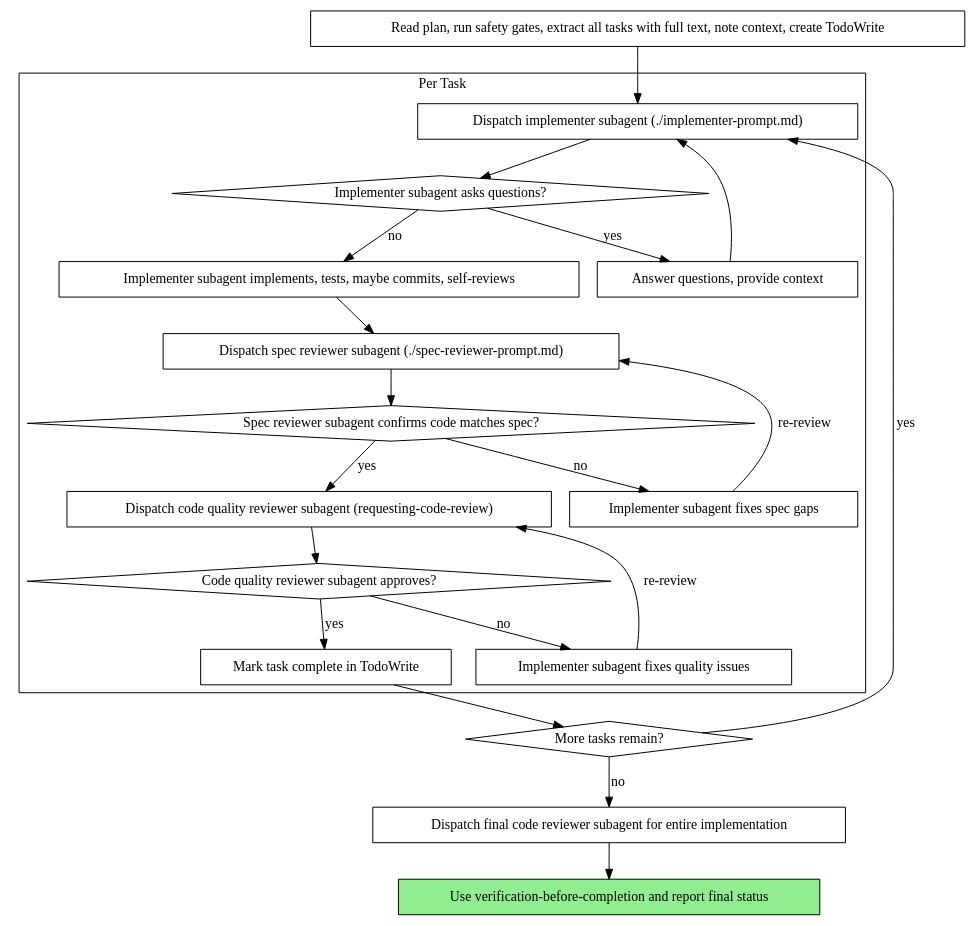
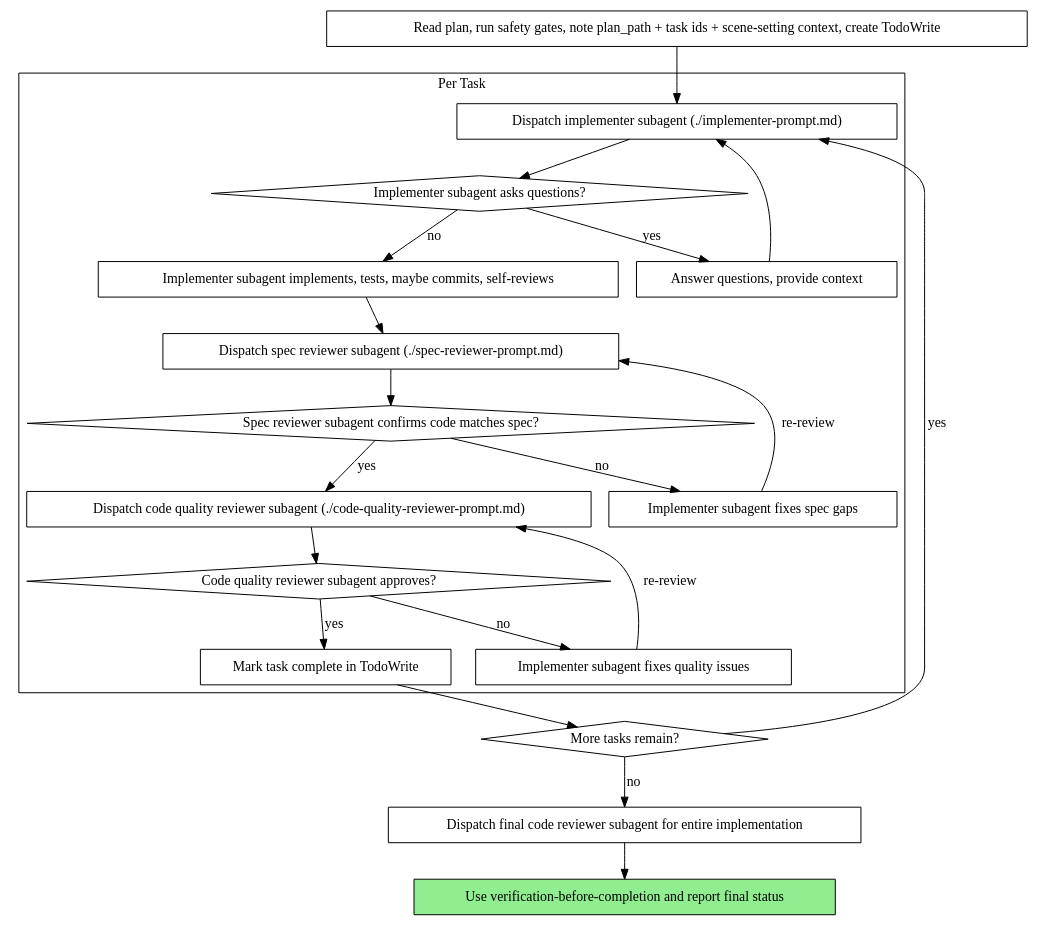
The second of 2 diagrams in AI-configs/skills/subagent-driven-development/SKILL.md (carlos-algms/dotfiles), drawn with Graphviz before and after one commit. The commit also changed other lines of this file and 5 other files, not shown here.

First line of the commit message:
add two-stage review loop + pointer dispatch to plan skills

````diff
--- a/AI-configs/skills/subagent-driven-development/SKILL.md
+++ b/AI-configs/skills/subagent-driven-development/SKILL.md
@@ -91,44 +101,44 @@
 ```dot
 digraph process {
     rankdir=TB;
 
     subgraph cluster_per_task {
         label="Per Task";
         "Dispatch implementer subagent (./implementer-prompt.md)" [shape=box];
         "Implementer subagent asks questions?" [shape=diamond];
         "Answer questions, provide context" [shape=box];
         "Implementer subagent implements, tests, maybe commits, self-reviews" [shape=box];
         "Dispatch spec reviewer subagent (./spec-reviewer-prompt.md)" [shape=box];
         "Spec reviewer subagent confirms code matches spec?" [shape=diamond];
         "Implementer subagent fixes spec gaps" [shape=box];
-        "Dispatch code quality reviewer subagent (requesting-code-review)" [shape=box];
+        "Dispatch code quality reviewer subagent (./code-quality-reviewer-prompt.md)" [shape=box];
         "Code quality reviewer subagent approves?" [shape=diamond];
         "Implementer subagent fixes quality issues" [shape=box];
         "Mark task complete in TodoWrite" [shape=box];
     }
 
-    "Read plan, run safety gates, extract all tasks with full text, note context, create TodoWrite" [shape=box];
+    "Read plan, run safety gates, note plan_path + task ids + scene-setting context, create TodoWrite" [shape=box];
     "More tasks remain?" [shape=diamond];
     "Dispatch final code reviewer subagent for entire implementation" [shape=box];
     "Use verification-before-completion and report final status" [shape=box style=filled fillcolor=lightgreen];
 
-    "Read plan, run safety gates, extract all tasks with full text, note context, create TodoWrite" -> "Dispatch implementer subagent (./implementer-prompt.md)";
+    "Read plan, run safety gates, note plan_path + task ids + scene-setting context, create TodoWrite" -> "Dispatch implementer subagent (./implementer-prompt.md)";
     "Dispatch implementer subagent (./implementer-prompt.md)" -> "Implementer subagent asks questions?";
     "Implementer subagent asks questions?" -> "Answer questions, provide context" [label="yes"];
     "Answer questions, provide context" -> "Dispatch implementer subagent (./implementer-prompt.md)";
     "Implementer subagent asks questions?" -> "Implementer subagent implements, tests, maybe commits, self-reviews" [label="no"];
     "Implementer subagent implements, tests, maybe commits, self-reviews" -> "Dispatch spec reviewer subagent (./spec-reviewer-prompt.md)";
     "Dispatch spec reviewer subagent (./spec-reviewer-prompt.md)" -> "Spec reviewer subagent confirms code matches spec?";
     "Spec reviewer subagent confirms code matches spec?" -> "Implementer subagent fixes spec gaps" [label="no"];
     "Implementer subagent fixes spec gaps" -> "Dispatch spec reviewer subagent (./spec-reviewer-prompt.md)" [label="re-review"];
-    "Spec reviewer subagent confirms code matches spec?" -> "Dispatch code quality reviewer subagent (requesting-code-review)" [label="yes"];
-    "Dispatch code quality reviewer subagent (requesting-code-review)" -> "Code quality reviewer subagent approves?";
+    "Spec reviewer subagent confirms code matches spec?" -> "Dispatch code quality reviewer subagent (./code-quality-reviewer-prompt.md)" [label="yes"];
+    "Dispatch code quality reviewer subagent (./code-quality-reviewer-prompt.md)" -> "Code quality reviewer subagent approves?";
     "Code quality reviewer subagent approves?" -> "Implementer subagent fixes quality issues" [label="no"];
-    "Implementer subagent fixes quality issues" -> "Dispatch code quality reviewer subagent (requesting-code-review)" [label="re-review"];
+    "Implementer subagent fixes quality issues" -> "Dispatch code quality reviewer subagent (./code-quality-reviewer-prompt.md)" [label="re-review"];
     "Code quality reviewer subagent approves?" -> "Mark task complete in TodoWrite" [label="yes"];
     "Mark task complete in TodoWrite" -> "More tasks remain?";
     "More tasks remain?" -> "Dispatch implementer subagent (./implementer-prompt.md)" [label="yes"];
     "More tasks remain?" -> "Dispatch final code reviewer subagent for entire implementation" [label="no"];
     "Dispatch final code reviewer subagent for entire implementation" -> "Use verification-before-completion and report final status";
 }
 ```
````
